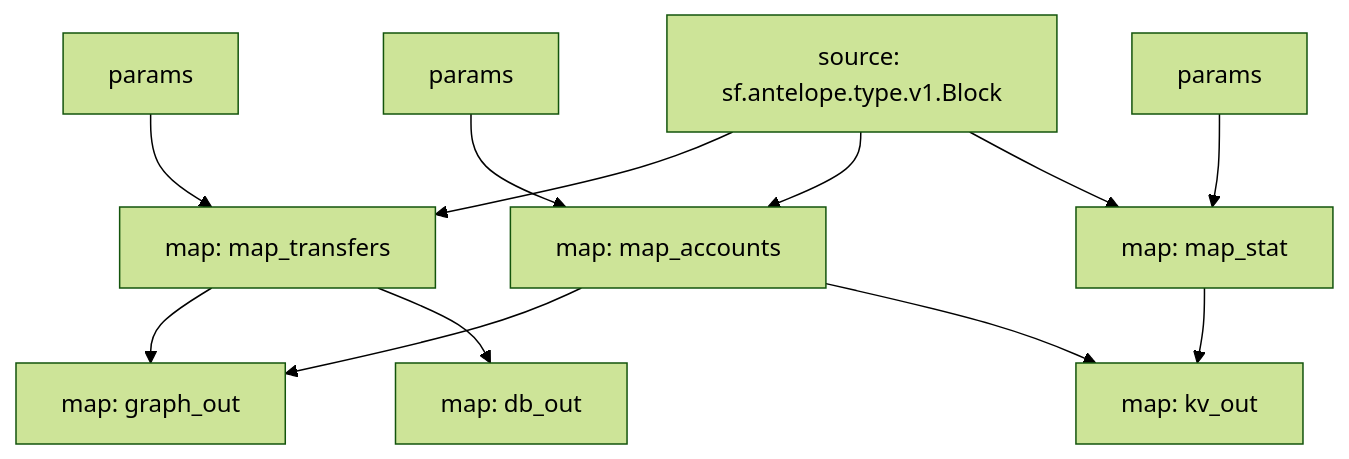
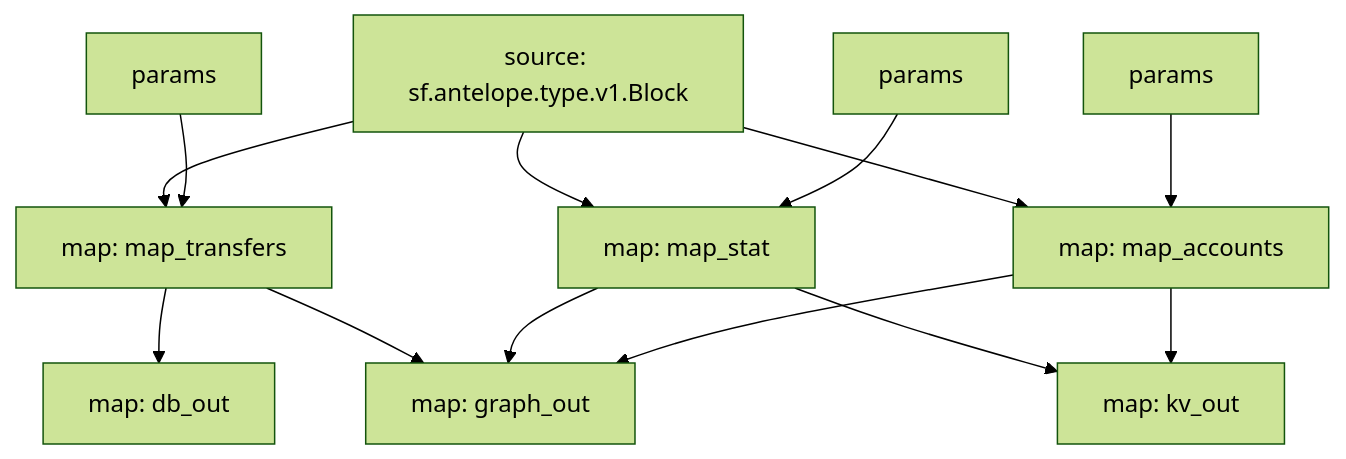
Before and after one commit to pinax-network/substreams-antelope-tokens: the diagram in README.md, drawn with Mermaid (forest theme). The commit also changed other lines of this file and 1 other file, not shown here.

````diff
--- a/README.md
+++ b/README.md
@@ -17,20 +16,21 @@
 ```mermaid
 graph TD;
   map_transfers[map: map_transfers];
   map_transfers:params[params] --> map_transfers;
   sf.antelope.type.v1.Block[source: sf.antelope.type.v1.Block] --> map_transfers;
   map_accounts[map: map_accounts];
   map_accounts:params[params] --> map_accounts;
   sf.antelope.type.v1.Block[source: sf.antelope.type.v1.Block] --> map_accounts;
   map_stat[map: map_stat];
   map_stat:params[params] --> map_stat;
   sf.antelope.type.v1.Block[source: sf.antelope.type.v1.Block] --> map_stat;
   graph_out[map: graph_out];
   map_accounts --> graph_out;
+  map_stat --> graph_out;
   map_transfers --> graph_out;
   kv_out[map: kv_out];
   map_accounts --> kv_out;
   map_stat --> kv_out;
   db_out[map: db_out];
   map_transfers --> db_out;
 ```
````
